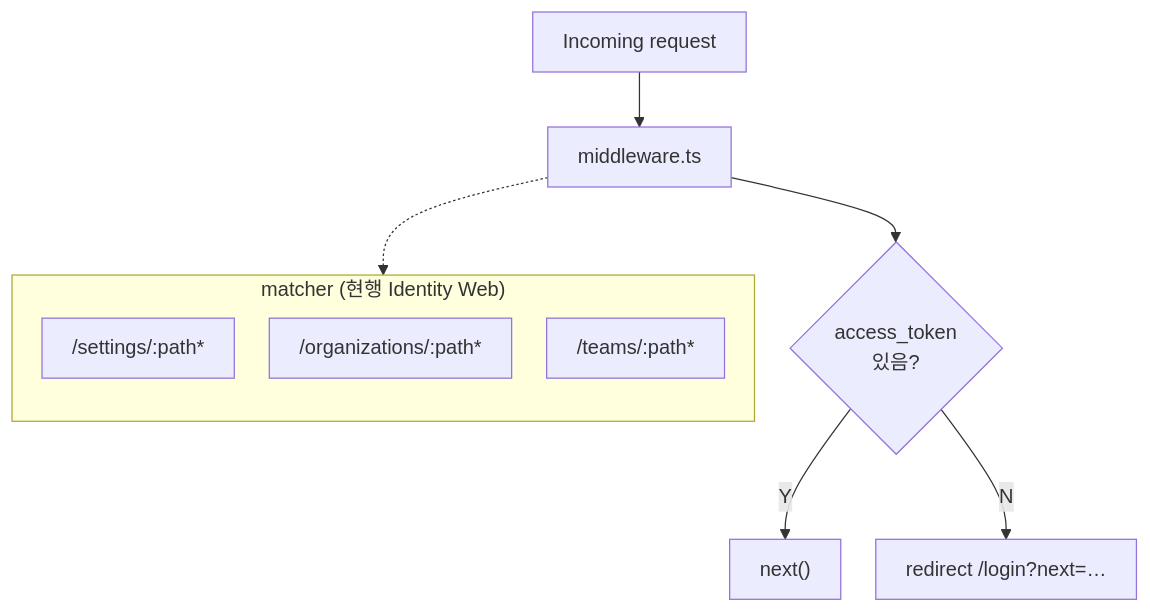
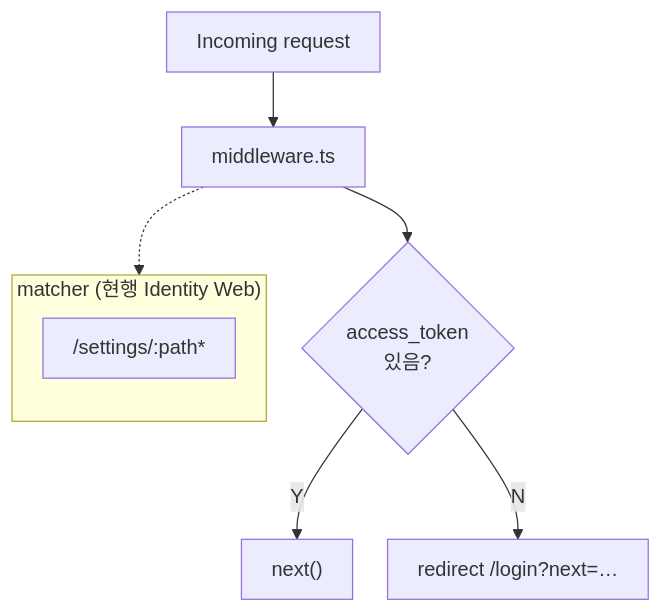
Before and after one commit to Zero-Bug-Freinds/ai-api-usage-monitor: diagram 11 of 11 in docs/c4-architecture-diagrams.md, drawn with Mermaid. The commit also changed other lines of this file and 31 other files, not shown here.

````diff
--- a/docs/c4-architecture-diagrams.md
+++ b/docs/c4-architecture-diagrams.md
@@ -592,23 +590,21 @@
 ```mermaid
 %%{init: {'flowchart': {'nodeSpacing': 28, 'rankSpacing': 44, 'padding': 12}}}%%
 flowchart TD
   REQ["Incoming request"]
   MW["middleware.ts"]
   COOK{"access_token<br/>있음?"}
   NEXT["next()"]
   REDIR["redirect /login?next=…"]
 
   REQ --> MW
   MW --> COOK
   COOK -->|Y| NEXT
   COOK -->|N| REDIR
 
   subgraph MT["matcher (현행 Identity Web)"]
     direction TB
     M2["/settings/:path*"]
-    M3["/organizations/:path*"]
-    M4["/teams/:path*"]
   end
 
   MW -.-> MT
 ```
````
